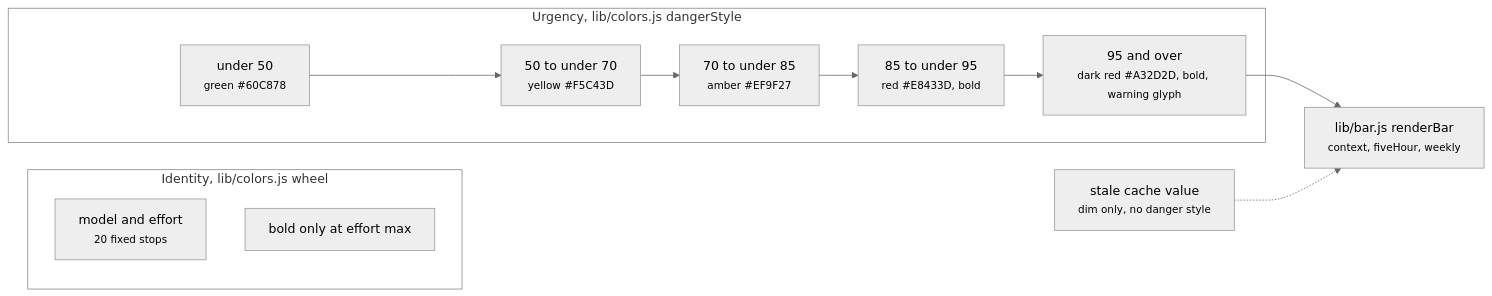
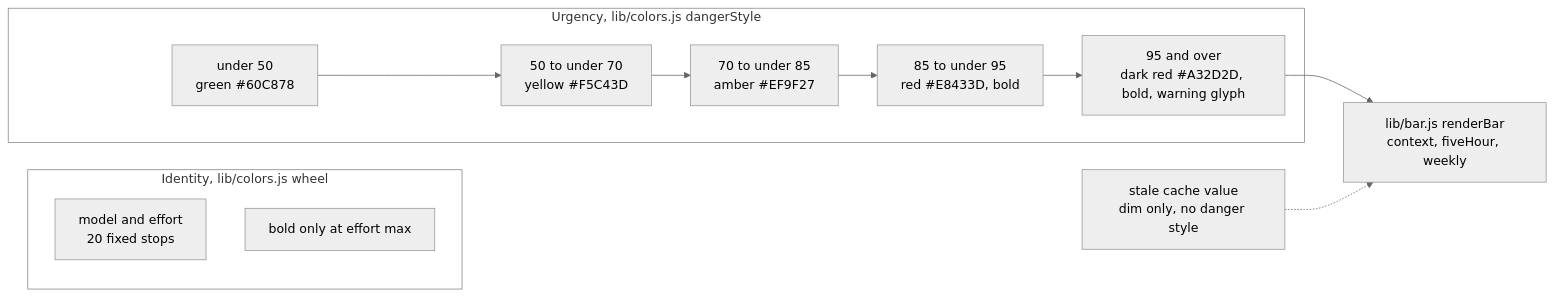
One commit to carterptull/ampline-claude changed the second of 2 diagrams in diagrams/color-wheel.md. Above: the diagram before and after it, drawn with Mermaid (neutral theme). The commit also changed other lines of this file and 6 other files, not shown here.

Commit message:
docs: remove small tags from all diagrams and note why in the syntax rules

````diff
--- a/diagrams/color-wheel.md
+++ b/diagrams/color-wheel.md
@@ -60,25 +60,25 @@
 ```mermaid
 flowchart LR
     subgraph identity["Identity, lib/colors.js wheel"]
-        w["model and effort<br/><small>20 fixed stops</small>"]
+        w["model and effort<br/>20 fixed stops"]
         b1["bold only at effort max"]
     end
 
     subgraph urgency["Urgency, lib/colors.js dangerStyle"]
-        d1["under 50<br/><small>green #60C878</small>"]
-        d2["50 to under 70<br/><small>yellow #F5C43D</small>"]
-        d3["70 to under 85<br/><small>amber #EF9F27</small>"]
-        d4["85 to under 95<br/><small>red #E8433D, bold</small>"]
-        d5["95 and over<br/><small>dark red #A32D2D, bold, warning glyph</small>"]
+        d1["under 50<br/>green #60C878"]
+        d2["50 to under 70<br/>yellow #F5C43D"]
+        d3["70 to under 85<br/>amber #EF9F27"]
+        d4["85 to under 95<br/>red #E8433D, bold"]
+        d5["95 and over<br/>dark red #A32D2D, bold, warning glyph"]
     end
 
-    bar["lib/bar.js renderBar<br/><small>context, fiveHour, weekly</small>"]
-    stale["stale cache value<br/><small>dim only, no danger style</small>"]
+    bar["lib/bar.js renderBar<br/>context, fiveHour, weekly"]
+    stale["stale cache value<br/>dim only, no danger style"]
 
     d1 --> d2 --> d3 --> d4 --> d5
     d5 --> bar
     stale -.-> bar
 
     style identity fill:transparent,stroke:#888
     style urgency fill:transparent,stroke:#888
 ```
````
